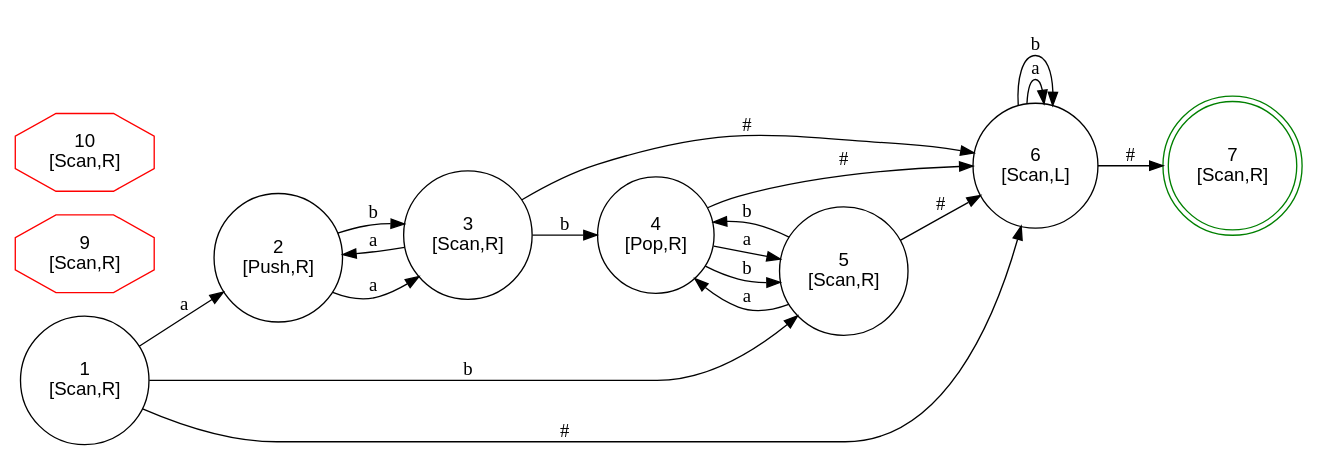
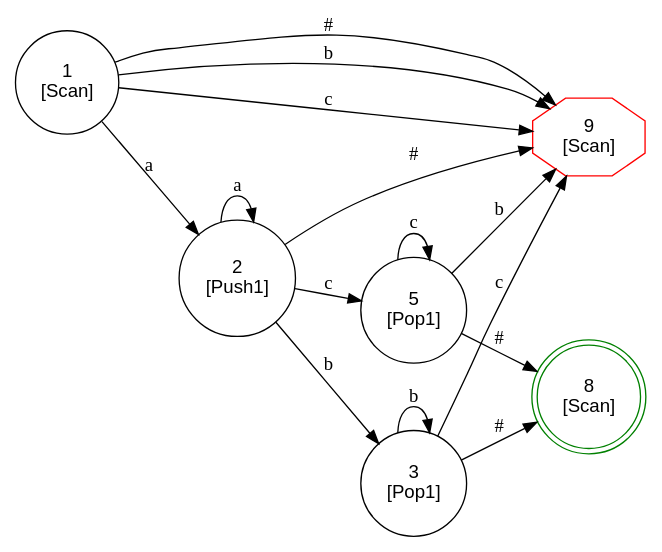
One commit to kokobabe99/turing_point changed the diagram in dots/2pda.dot. Above: the diagram before and after it, drawn with Graphviz. The commit also changed 1 other file, not shown here.

```diff
--- a/dots/2pda.dot
+++ b/dots/2pda.dot
@@ -1,29 +1,23 @@
 digraph FSM {
   rankdir=LR; node [shape=circle, fontname="Arial"];
-  1 [label="1\n[Scan,R]", shape=circle];
+  1 [label="1\n[Scan]", shape=circle];
   1 -> 2 [label="a"];
-  1 -> 5 [label="b"];
-  1 -> 6 [label="#"];
-  2 [label="2\n[Push,R]", shape=circle];
-  2 -> 3 [label="a"];
+  1 -> 9 [label="b"];
+  1 -> 9 [label="c"];
+  1 -> 9 [label="#"];
+  2 [label="2\n[Push1]", shape=circle];
+  2 -> 2 [label="a"];
   2 -> 3 [label="b"];
-  3 [label="3\n[Scan,R]", shape=circle];
-  3 -> 2 [label="a"];
-  3 -> 4 [label="b"];
-  3 -> 6 [label="#"];
-  4 [label="4\n[Pop,R]", shape=circle];
-  4 -> 5 [label="a"];
-  4 -> 5 [label="b"];
-  4 -> 6 [label="#"];
-  5 [label="5\n[Scan,R]", shape=circle];
-  5 -> 6 [label="#"];
-  5 -> 4 [label="a"];
-  5 -> 4 [label="b"];
-  6 [label="6\n[Scan,L]", shape=circle];
-  6 -> 6 [label="a"];
-  6 -> 6 [label="b"];
-  6 -> 7 [label="#"];
-  7 [label="7\n[Scan,R]", shape=doublecircle, color="green"];
-  9 [label="9\n[Scan,R]", shape=octagon, color="red"];
-  10 [label="10\n[Scan,R]", shape=octagon, color="red"];
+  2 -> 5 [label="c"];
+  2 -> 9 [label="#"];
+  3 [label="3\n[Pop1]", shape=circle];
+  3 -> 3 [label="b"];
+  3 -> 9 [label="c"];
+  3 -> 8 [label="#"];
+  5 [label="5\n[Pop1]", shape=circle];
+  5 -> 5 [label="c"];
+  5 -> 9 [label="b"];
+  5 -> 8 [label="#"];
+  8 [label="8\n[Scan]", shape=doublecircle, color="green"];
+  9 [label="9\n[Scan]", shape=octagon, color="red"];
 }
```
